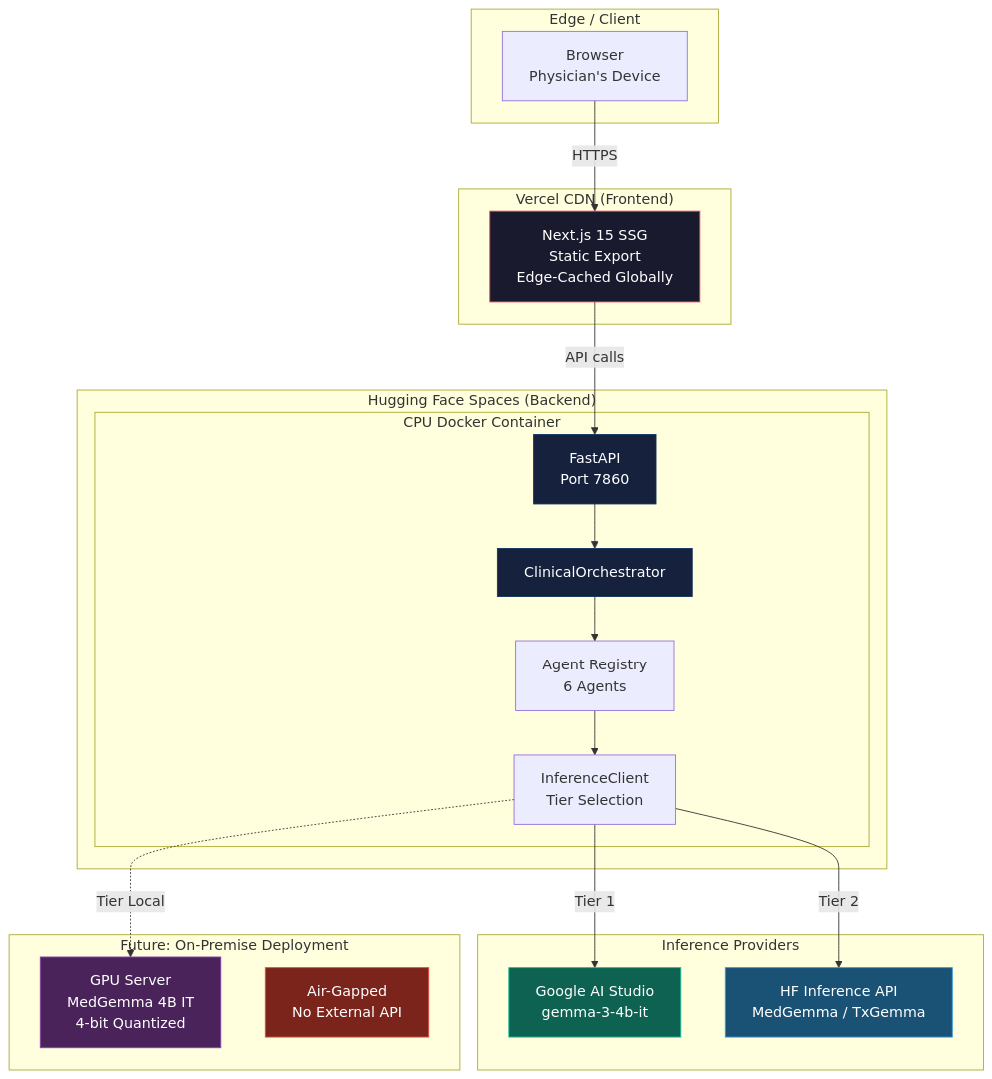
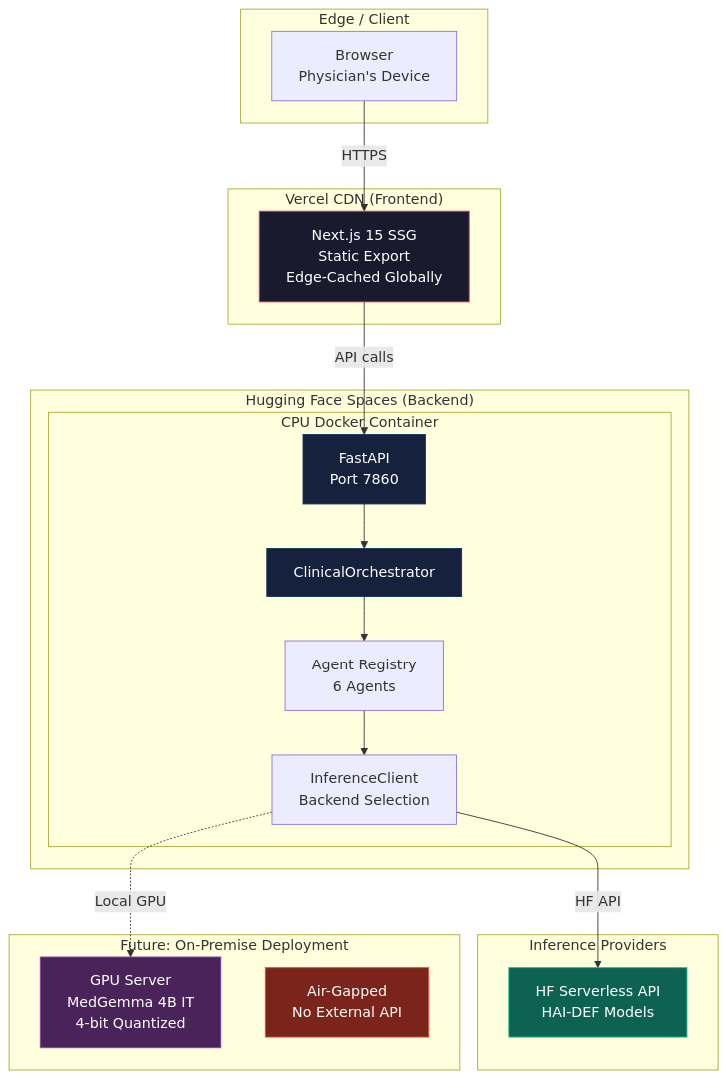
Before and after one commit to steeltroops-ai/med-gemma: the eighth of 14 diagrams in docs/ARCHITECTURE.md, drawn with Mermaid. The commit also changed other lines of this file and 4 other files, not shown here.

First line of the commit message:
docs: purge all Google AI Studio / Gemma 3 references

````diff
--- a/docs/ARCHITECTURE.md
+++ b/docs/ARCHITECTURE.md
@@ -446,44 +443,41 @@
 ```mermaid
 graph TB
     subgraph "Edge / Client"
         B[Browser<br/>Physician's Device]
     end
 
     subgraph "Vercel CDN (Frontend)"
         FE[Next.js 15 SSG<br/>Static Export<br/>Edge-Cached Globally]
     end
 
     subgraph "Hugging Face Spaces (Backend)"
         subgraph "CPU Docker Container"
             API[FastAPI<br/>Port 7860]
             ORC[ClinicalOrchestrator]
             AGT[Agent Registry<br/>6 Agents]
-            INF[InferenceClient<br/>Tier Selection]
+            INF[InferenceClient<br/>Backend Selection]
         end
     end
 
     subgraph "Inference Providers"
-        GAS[Google AI Studio<br/>gemma-3-4b-it]
-        HFA[HF Inference API<br/>MedGemma / TxGemma]
+        HFS[HF Serverless API<br/>HAI-DEF Models]
     end
 
     subgraph "Future: On-Premise Deployment"
         GPU[GPU Server<br/>MedGemma 4B IT<br/>4-bit Quantized]
         PRIV[Air-Gapped<br/>No External API]
     end
 
     B -->|HTTPS| FE
     FE -->|API calls| API
     API --> ORC --> AGT --> INF
-    INF -->|Tier 1| GAS
-    INF -->|Tier 2| HFA
-    INF -.->|Tier Local| GPU
+    INF -->|HF API| HFS
+    INF -.->|Local GPU| GPU
 
     style FE fill:#1a1a2e,stroke:#e94560,color:#fff
     style API fill:#16213e,stroke:#0f3460,color:#fff
     style ORC fill:#16213e,stroke:#0f3460,color:#fff
-    style GAS fill:#0e6251,stroke:#1abc9c,color:#fff
-    style HFA fill:#1a5276,stroke:#3498db,color:#fff
+    style HFS fill:#0e6251,stroke:#1abc9c,color:#fff
     style GPU fill:#4a235a,stroke:#8e44ad,color:#fff
     style PRIV fill:#7b241c,stroke:#e74c3c,color:#fff
 ```
````
